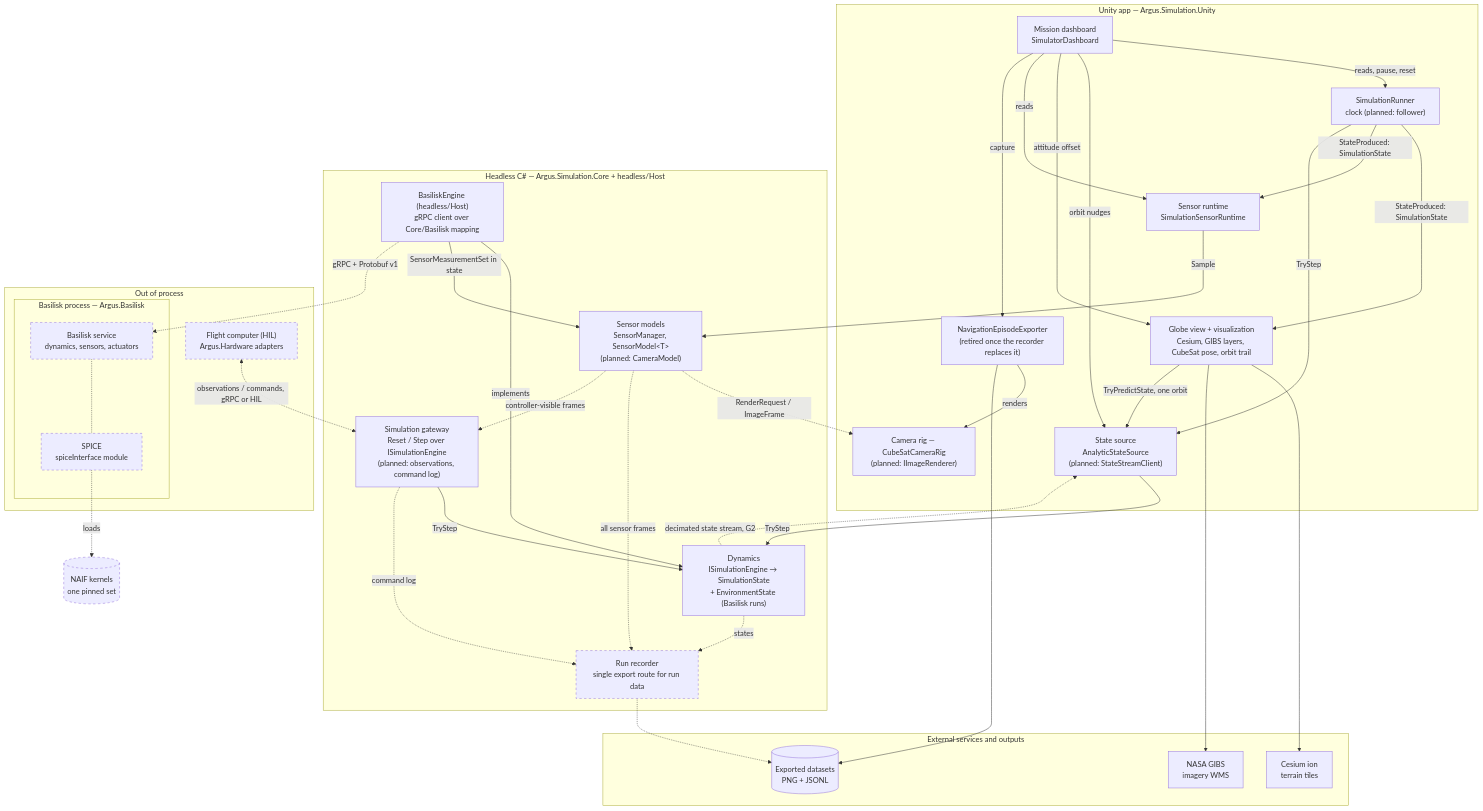
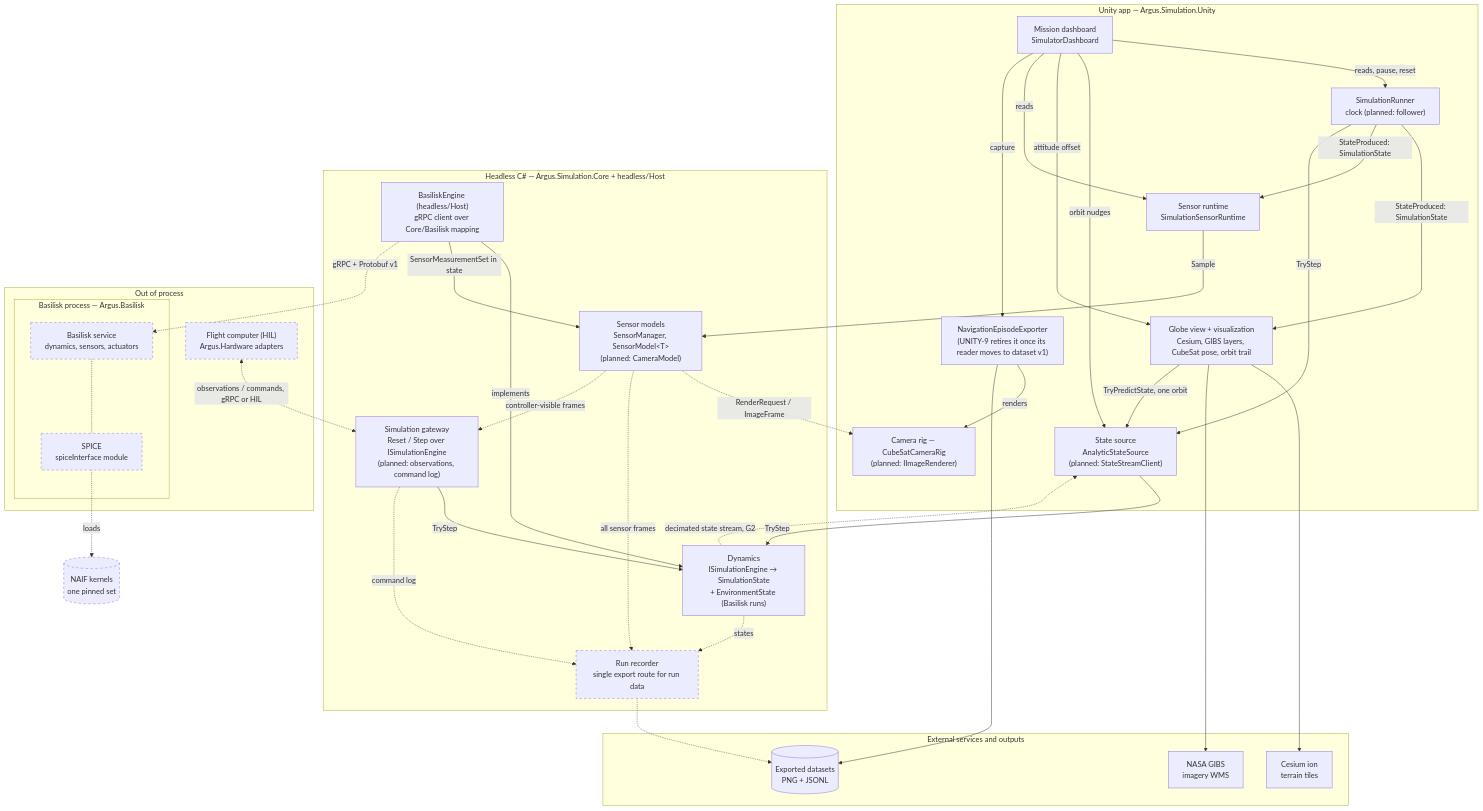
One commit to cmu-argus-2/argus_simulation changed the first of 2 diagrams in docs/target-architecture.md. Above: the diagram before and after it, drawn with Mermaid. The commit also changed other lines of this file and 1 other file, not shown here.

First line of the commit message:
docs(core): define the dataset v1 layout (DATA-4)

````diff
--- a/docs/target-architecture.md
+++ b/docs/target-architecture.md
@@ -21,70 +21,70 @@
 ```mermaid
 flowchart TB
     subgraph EXT["External services and outputs"]
         ion["Cesium ion<br/>terrain tiles"]
         gibs["NASA GIBS<br/>imagery WMS"]
         data[("Exported datasets<br/>PNG + JSONL")]
     end
 
     subgraph UNITY["Unity app — Argus.Simulation.Unity"]
         globe["Globe view + visualization<br/>Cesium, GIBS layers, CubeSat pose, orbit trail"]
         camr["Camera rig — CubeSatCameraRig<br/>(planned: IImageRenderer)"]
         runner["SimulationRunner<br/>clock (planned: follower)"]
         src["State source<br/>AnalyticStateSource<br/>(planned: StateStreamClient)"]
         sens["Sensor runtime<br/>SimulationSensorRuntime"]
         dash["Mission dashboard<br/>SimulatorDashboard"]
-        exporter["NavigationEpisodeExporter<br/>(retired once the recorder replaces it)"]
+        exporter["NavigationEpisodeExporter<br/>(UNITY-9 retires it once its reader moves to dataset v1)"]
     end
 
     subgraph CORE["Headless C# — Argus.Simulation.Core + headless/Host"]
         dyn["Dynamics<br/>ISimulationEngine → SimulationState<br/>+ EnvironmentState (Basilisk runs)"]
         smod["Sensor models<br/>SensorManager, SensorModel&lt;T&gt;<br/>(planned: CameraModel)"]
         gate["Simulation gateway<br/>Reset / Step over ISimulationEngine<br/>(planned: observations, command log)"]
         beng["BasiliskEngine (headless/Host)<br/>gRPC client over Core/Basilisk mapping"]
         rec["Run recorder<br/>single export route for run data"]
     end
 
     subgraph OOP["Out of process"]
         subgraph BSKP["Basilisk process — Argus.Basilisk"]
             bsk["Basilisk service<br/>dynamics, sensors, actuators"]
             spice["SPICE<br/>spiceInterface module"]
         end
         hil["Flight computer (HIL)<br/>Argus.Hardware adapters"]
     end
 
     naif[("NAIF kernels<br/>one pinned set")]
 
     globe --> ion
     globe --> gibs
     runner -->|StateProduced: SimulationState| globe
     runner -->|StateProduced: SimulationState| sens
     runner -->|TryStep| src
     globe -->|TryPredictState, one orbit| src
     dash -->|reads, pause, reset| runner
     dash -->|orbit nudges| src
     dash -->|attitude offset| globe
     dash -->|reads| sens
     dash -->|capture| exporter
     src -->|TryStep| dyn
     sens -->|Sample| smod
     gate -->|TryStep| dyn
     exporter -->|renders| camr
     exporter --> data
 
     smod -.->|RenderRequest / ImageFrame| camr
     beng -->|implements| dyn
     beng -->|SensorMeasurementSet in state| smod
     beng -.->|gRPC + Protobuf v1| bsk
     bsk -.- spice
     spice -.->|loads| naif
     dyn -.->|states| rec
     dyn -.->|decimated state stream, G2| src
     smod -.->|all sensor frames| rec
     smod -.->|controller-visible frames| gate
     gate -.->|command log| rec
     hil <-.->|observations / commands, gRPC or HIL| gate
     rec -.-> data
 
     classDef planned stroke-dasharray: 5 5
     class rec,bsk,spice,hil,naif planned
 ```
````
